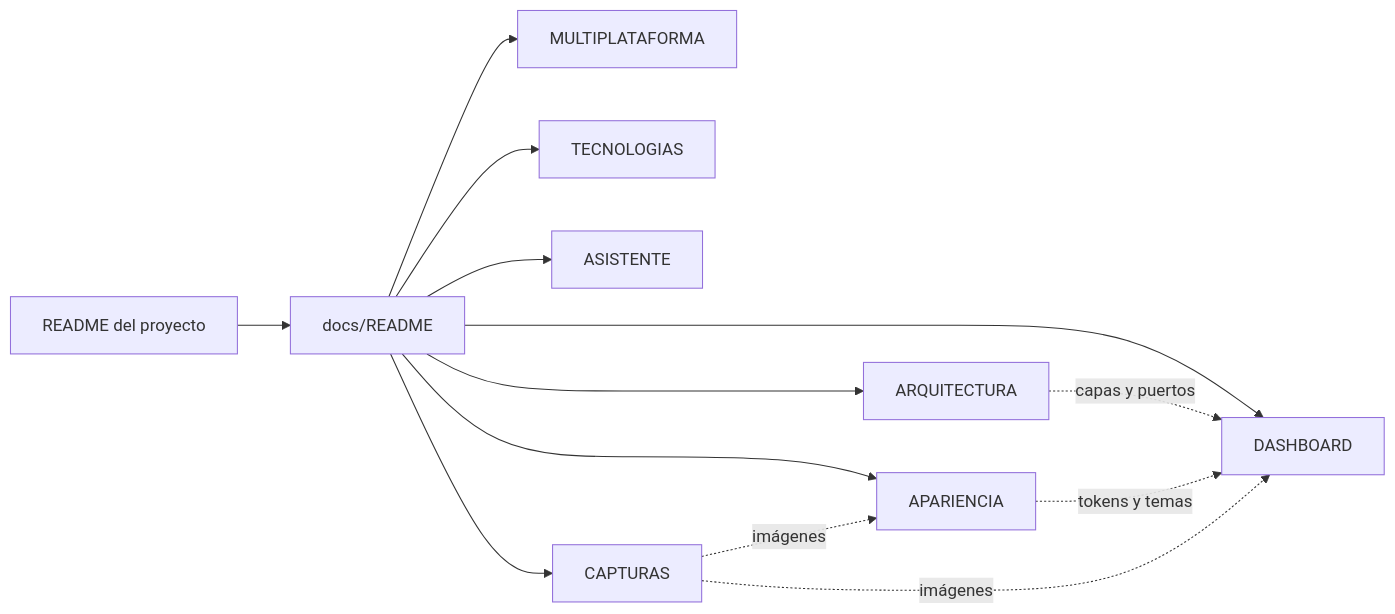
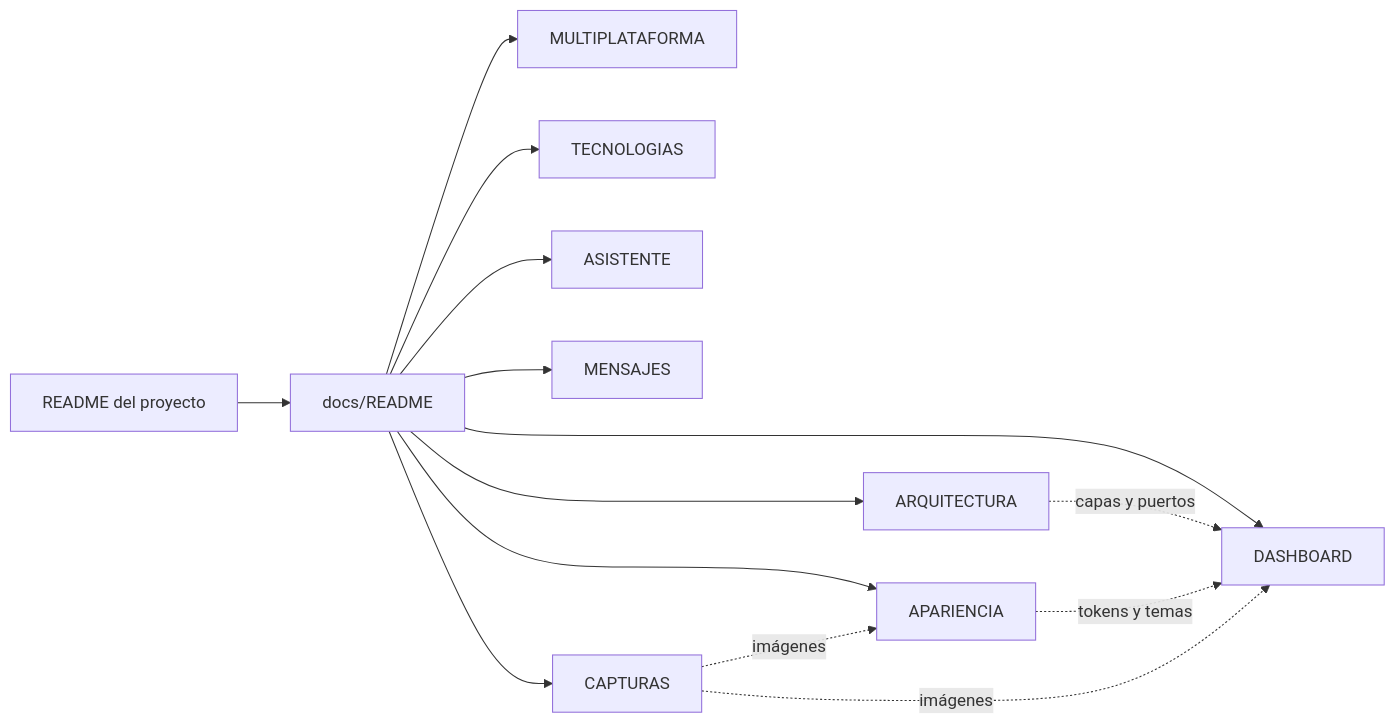
The diagram in docs/README.md (DEIMER-PY/gestion-db-jardineria), drawn with Mermaid before and after one commit. The commit also changed other lines of this file and 8 other files, not shown here.

````diff
--- a/docs/README.md
+++ b/docs/README.md
@@ -23,15 +24,16 @@
 ```mermaid
 flowchart LR
     R[README del proyecto] --> D[docs/README]
     D --> MP[MULTIPLATAFORMA]
     D --> A[ARQUITECTURA]
     D --> T[TECNOLOGIAS]
     D --> P[DASHBOARD]
     D --> V[APARIENCIA]
     D --> AS[ASISTENTE]
+    D --> MS[MENSAJES]
     D --> C[CAPTURAS]
     A -. capas y puertos .-> P
     V -. tokens y temas .-> P
     C -. imágenes .-> P
     C -. imágenes .-> V
 ```
````
